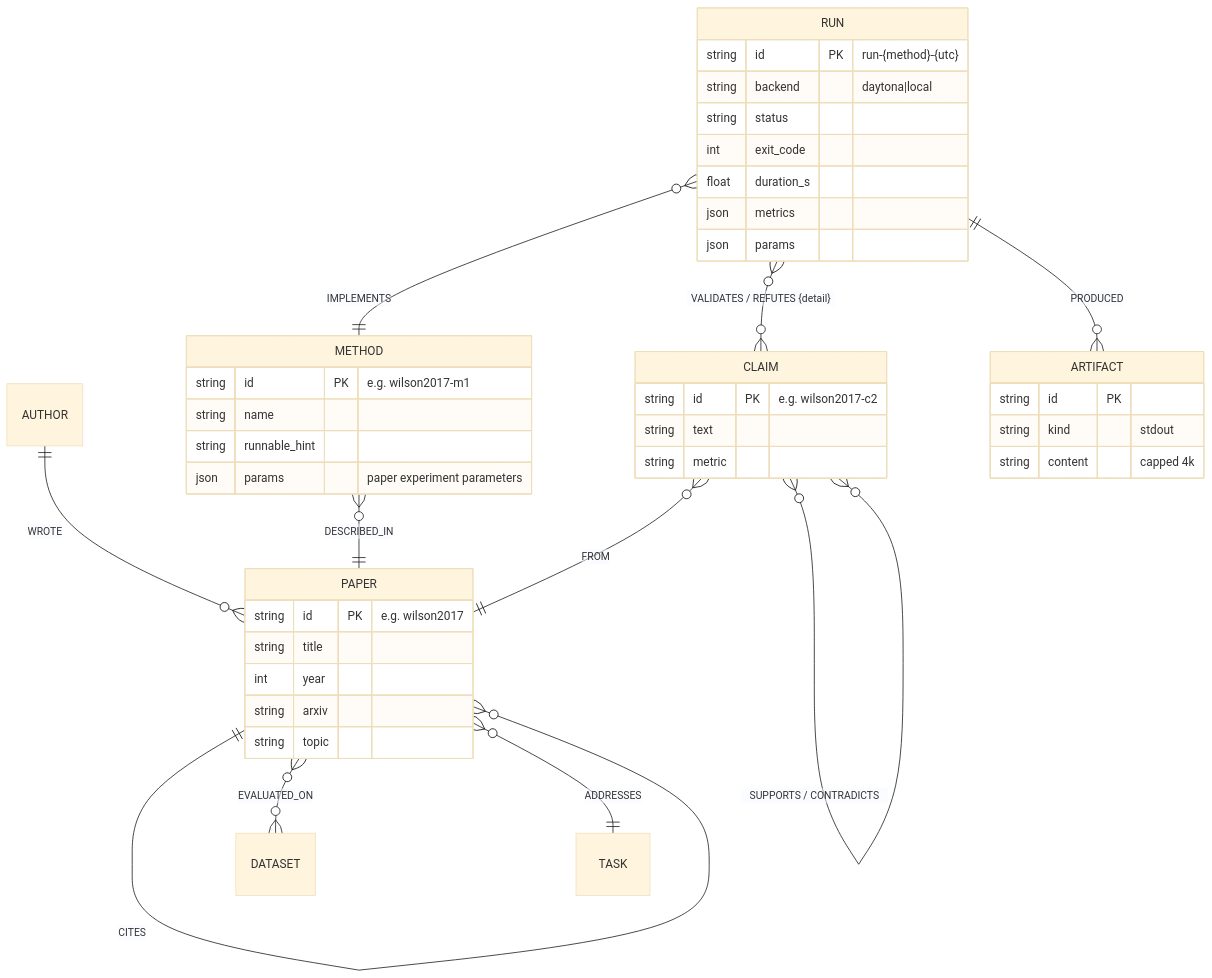
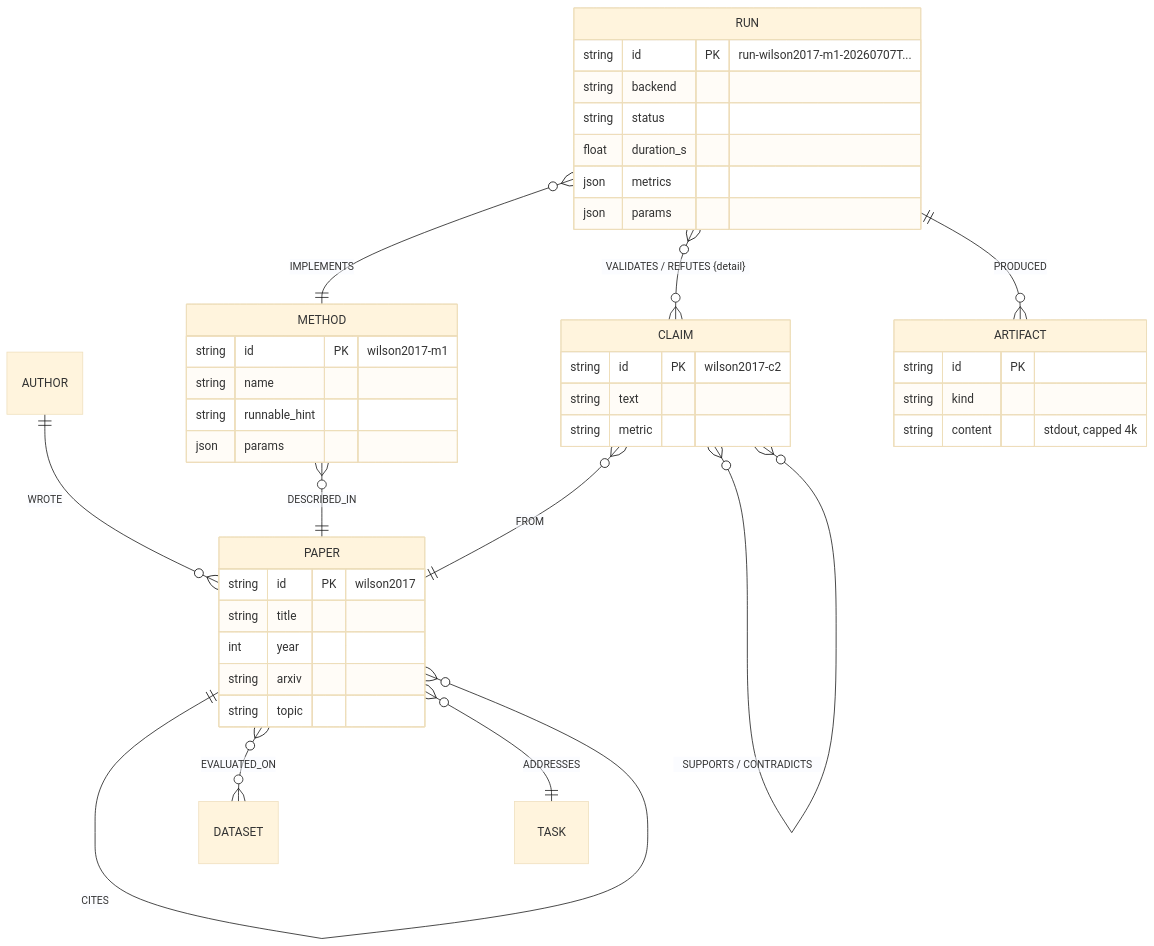
The third of 5 diagrams in README.md (samshanmukh/Paper-to-Results-Graph), drawn with Mermaid (base theme) before and after one commit. The commit also changed other lines of this file, not shown here.

First line of the commit message:
docs: fully narrated README — plain-language walkthroughs for every diagram

````diff
--- a/README.md
+++ b/README.md
@@ -106,19 +159,19 @@
 ```mermaid
 erDiagram
     AUTHOR ||--o{ PAPER : WROTE
     PAPER ||--o{ PAPER : CITES
     CLAIM }o--|| PAPER : FROM
     METHOD }o--|| PAPER : DESCRIBED_IN
     PAPER }o--o{ DATASET : EVALUATED_ON
     PAPER }o--|| TASK : ADDRESSES
     CLAIM }o--o{ CLAIM : "SUPPORTS / CONTRADICTS"
     RUN }o--|| METHOD : IMPLEMENTS
     RUN }o--o{ CLAIM : "VALIDATES / REFUTES {detail}"
     RUN ||--o{ ARTIFACT : PRODUCED
 
-    PAPER { string id PK "e.g. wilson2017" string title int year string arxiv string topic }
-    CLAIM { string id PK "e.g. wilson2017-c2" string text string metric }
-    METHOD { string id PK "e.g. wilson2017-m1" string name string runnable_hint json params "paper experiment parameters" }
-    RUN { string id PK "run-{method}-{utc}" string backend "daytona|local" string status int exit_code float duration_s json metrics json params }
-    ARTIFACT { string id PK string kind "stdout" string content "capped 4k" }
+    PAPER { string id PK "wilson2017" string title int year string arxiv string topic }
+    CLAIM { string id PK "wilson2017-c2" string text string metric }
+    METHOD { string id PK "wilson2017-m1" string name string runnable_hint json params }
+    RUN { string id PK "run-wilson2017-m1-20260707T..." string backend string status float duration_s json metrics json params }
+    ARTIFACT { string id PK string kind string content "stdout, capped 4k" }
 ```
````
